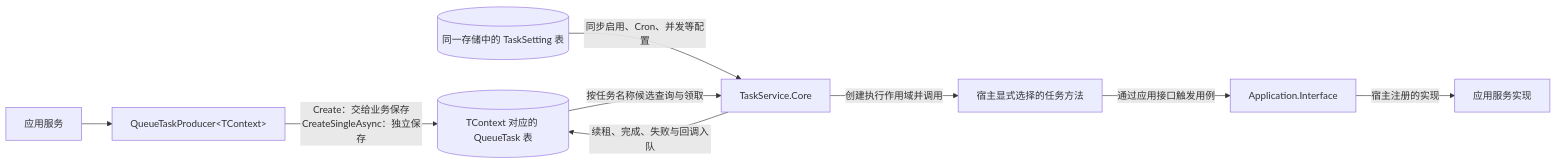
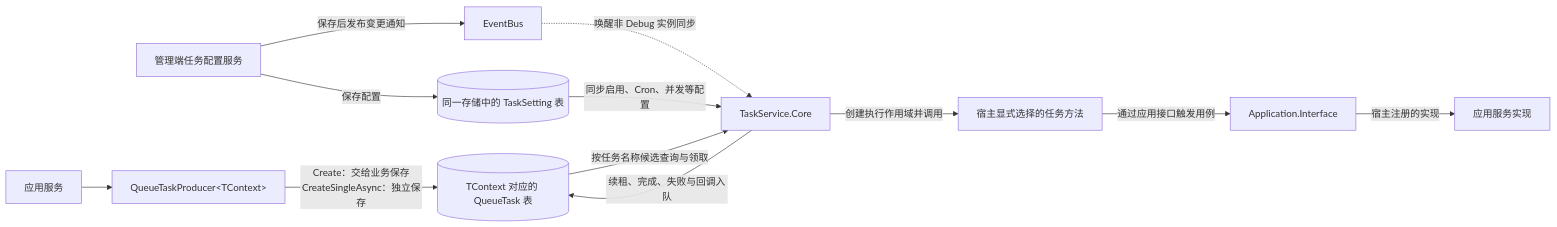
Before and after one commit to dashiell-zhang/NetEngine: the fourth of 12 diagrams in Docs/ArchitectureDiagrams.md, drawn with Mermaid. The commit also changed other lines of this file and 8 other files, not shown here.

````diff
--- a/Docs/ArchitectureDiagrams.md
+++ b/Docs/ArchitectureDiagrams.md
@@ -132,11 +134,14 @@
 ```mermaid
 flowchart LR
     App["应用服务"] --> Producer["QueueTaskProducer&lt;TContext&gt;"]
     Producer -->|Create：交给业务保存<br/>CreateSingleAsync：独立保存| QueueTable[("TContext 对应的 QueueTask 表")]
-    Settings[("同一存储中的 TaskSetting 表")] -->|同步启用、Cron、并发等配置| Core["TaskService.Core"]
+    Admin["管理端任务配置服务"] -->|保存配置| Settings[("同一存储中的 TaskSetting 表")]
+    Admin -->|保存后发布变更通知| Bus["EventBus"]
+    Bus -.->|唤醒非 Debug 实例同步| Core["TaskService.Core"]
+    Settings -->|同步启用、Cron、并发等配置| Core
     QueueTable -->|按任务名称候选查询与领取| Core
     Core -->|创建执行作用域并调用| Task["宿主显式选择的任务方法"]
     Task -->|通过应用接口触发用例| Contract["Application.Interface"]
     Contract -->|宿主注册的实现| Business["应用服务实现"]
     Core -->|续租、完成、失败与回调入队| QueueTable
 ```
````
